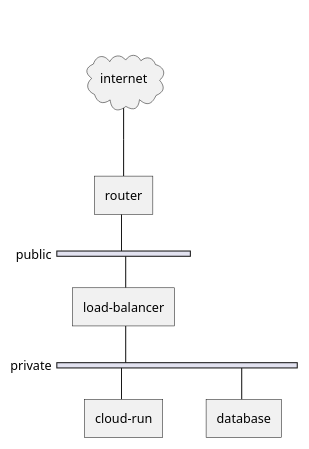
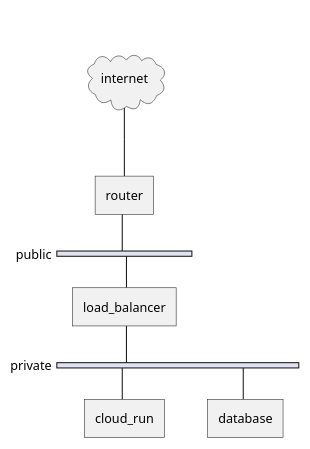
The diagram in backend/docs/infra/network.puml (ijufumi/google-vision-sample), drawn with PlantUML before and after one commit.

Commit message:
Update network digram

```diff
--- a/backend/docs/infra/network.puml
+++ b/backend/docs/infra/network.puml
@@ -1,18 +1,18 @@
 @startuml
 nwdiag {
     internet [ shape = cloud ]
     router
     internet -- router
 
     network public {
         router;
-        load-balancer;
+        load_balancer;
     }
 
     network private {
-        load-balancer;  
-        cloud-run;      
+        load_balancer;  
+        cloud_run;      
         database;
     }
 }
 @enduml
```
